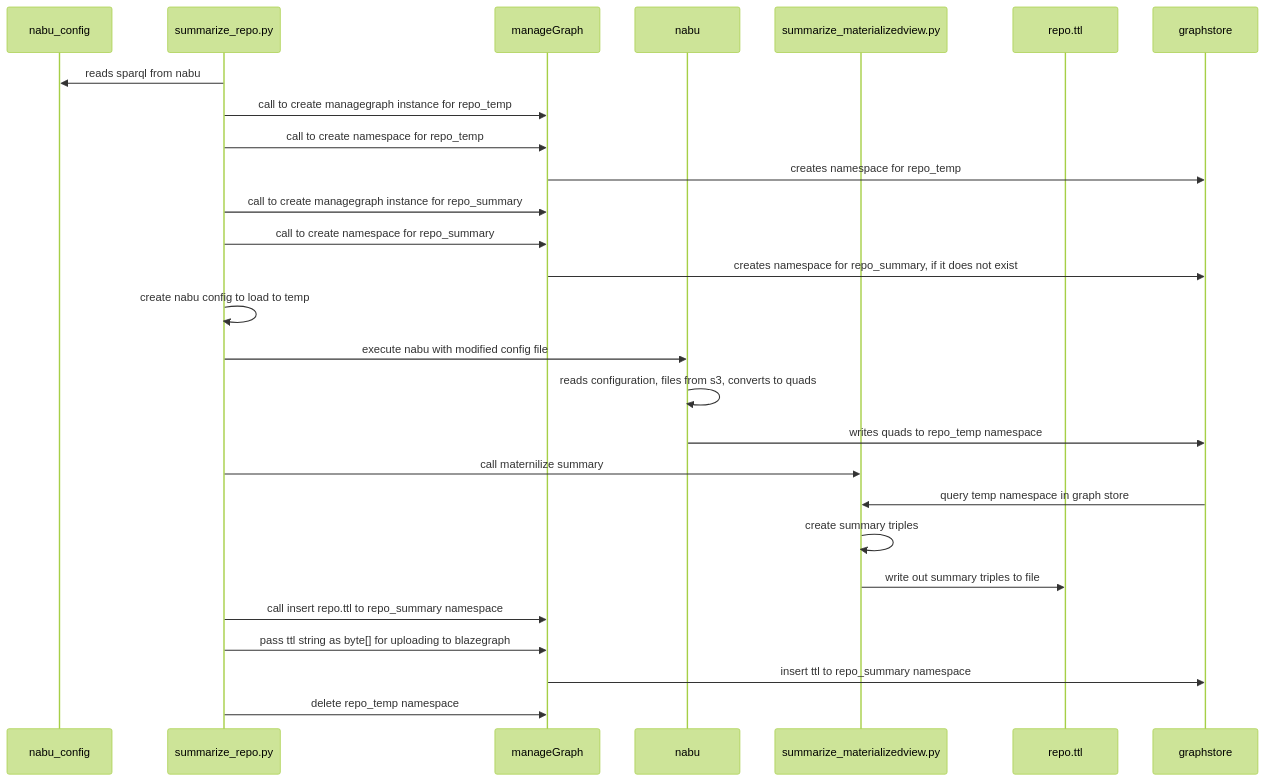
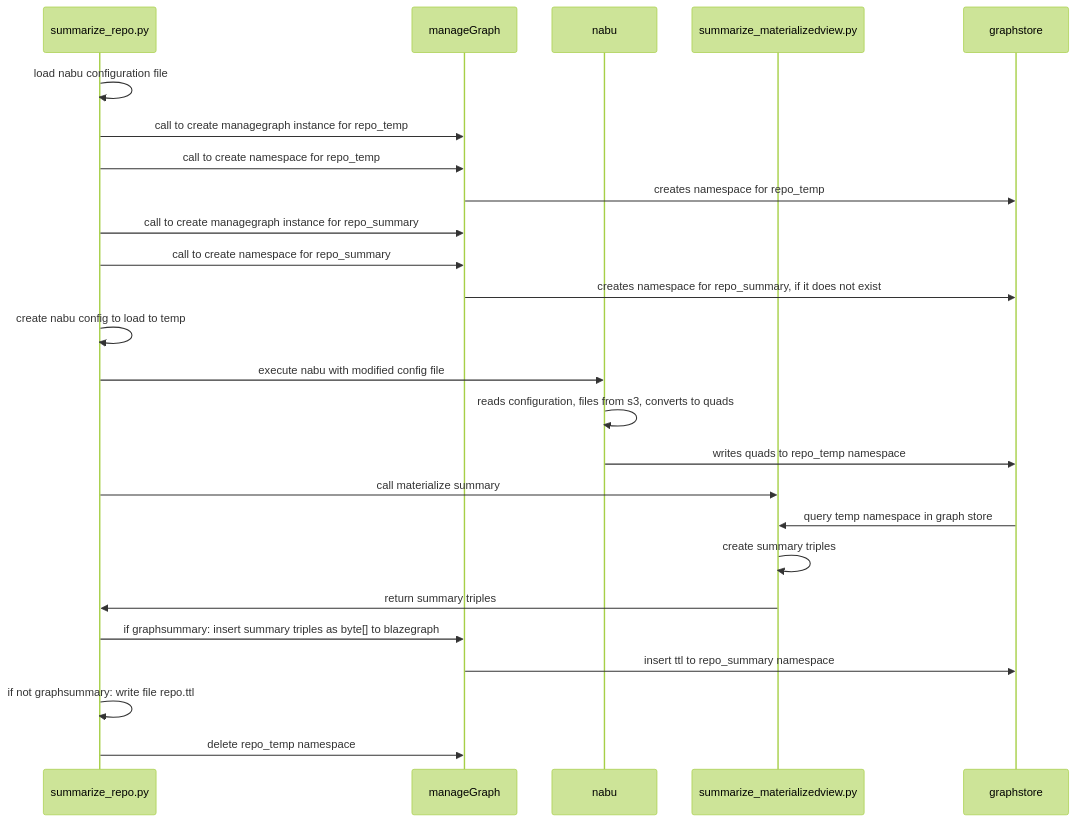
The first of 2 diagrams in summarize/README.md (earthcube/earthcube_utilities), drawn with Mermaid (forest theme) before and after one commit. The commit also changed other lines of this file and 14 other files, not shown here.

Commit message:
Move summarize_materializedview.py into earthcube utilities Summarize scripts as a pacakge. update doco

````diff
--- a/summarize/README.md
+++ b/summarize/README.md
@@ -17,34 +18,33 @@
 ```mermaid
 sequenceDiagram
-    participant nabu_config
+    
     participant summarize_repo.py
     participant manageGraph
     participant nabu
     participant summarize_materializedview.py
-    participant repo.ttl
     participant graphstore
 
     
-    summarize_repo.py->>nabu_config: reads sparql from nabu
+    summarize_repo.py->>summarize_repo.py: load nabu configuration file 
     summarize_repo.py->>manageGraph: call to create managegraph instance for repo_temp 
     summarize_repo.py->>manageGraph: call to create namespace for repo_temp 
     manageGraph->>graphstore: creates namespace  for repo_temp
 
     summarize_repo.py->>manageGraph: call to create managegraph instance for repo_summary 
     summarize_repo.py->>manageGraph: call to create namespace for repo_summary
             
     manageGraph->>graphstore: creates namespace  for repo_summary, if it does not exist
     summarize_repo.py->>summarize_repo.py: create nabu config to load to temp  
     summarize_repo.py->>nabu:  execute nabu with modified config file
     nabu->>nabu:  reads configuration, files from s3, converts to quads 
     nabu->>graphstore:  writes quads to repo_temp namespace
-    summarize_repo.py->>summarize_materializedview.py: call maternilize summary
+    summarize_repo.py->>summarize_materializedview.py: call materialize summary
     graphstore->>summarize_materializedview.py: query temp namespace in graph store
     summarize_materializedview.py->>summarize_materializedview.py: create summary triples
-    summarize_materializedview.py->>repo.ttl: write out summary triples to file
-    summarize_repo.py->>manageGraph: call insert repo.ttl to repo_summary namespace
-    summarize_repo.py->>manageGraph: pass  ttl string as byte[] for uploading to blazegraph
+    summarize_materializedview.py->>summarize_repo.py: return summary triples
+    summarize_repo.py->>manageGraph: if graphsummary:  insert summary triples as byte[] to blazegraph
     manageGraph->>graphstore: insert ttl to repo_summary namespace
+    summarize_repo.py->>summarize_repo.py: if not graphsummary: write file repo.ttl
     summarize_repo.py->>manageGraph: delete repo_temp namespace
     
 ```
````
